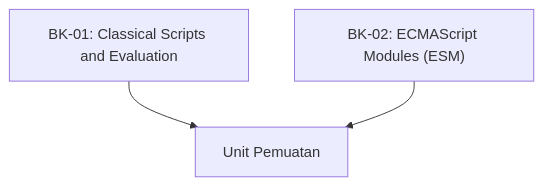
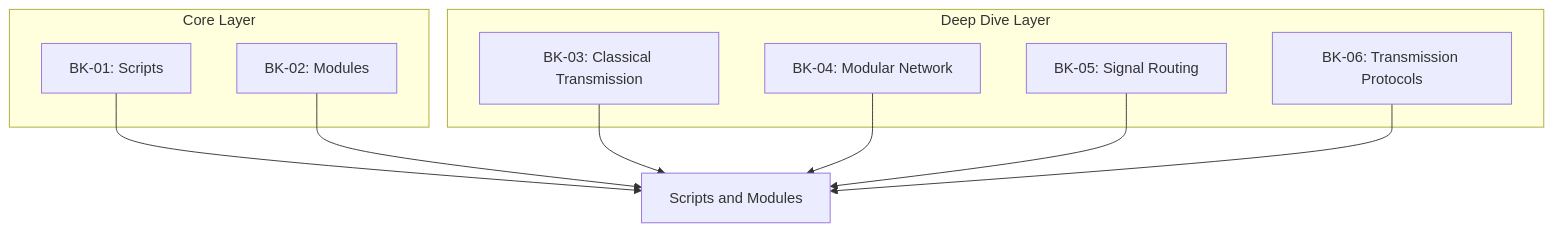
Before and after one commit to syahputrawork98-sketch/JavaScript-Learning-Hub: the diagram in RAK-04-core-specification/SR-10-scripts-and-modules/README.md, drawn with Mermaid. The commit also changed other lines of this file and 138 other files, not shown here.

````diff
--- a/RAK-04-core-specification/SR-10-scripts-and-modules/README.md
+++ b/RAK-04-core-specification/SR-10-scripts-and-modules/README.md
@@ -12,5 +12,21 @@
 ```mermaid
 graph TD
-    P1["BK-01: Classical Scripts and Evaluation"] --> Core["Unit Pemuatan"]
-    P2["BK-02: ECMAScript Modules (ESM)"] --> Core
+    subgraph CoreLayer["Core Layer"]
+        P1["BK-01: Scripts"]
+        P2["BK-02: Modules"]
+    end
+
+    subgraph DeepDiveLayer["Deep Dive Layer"]
+        D1["BK-03: Classical Transmission"]
+        D2["BK-04: Modular Network"]
+        D3["BK-05: Signal Routing"]
+        D4["BK-06: Transmission Protocols"]
+    end
+
+    P1 --> Core["Scripts and Modules"]
+    P2 --> Core
+    D1 --> Core
+    D2 --> Core
+    D3 --> Core
+    D4 --> Core
 ```
````
